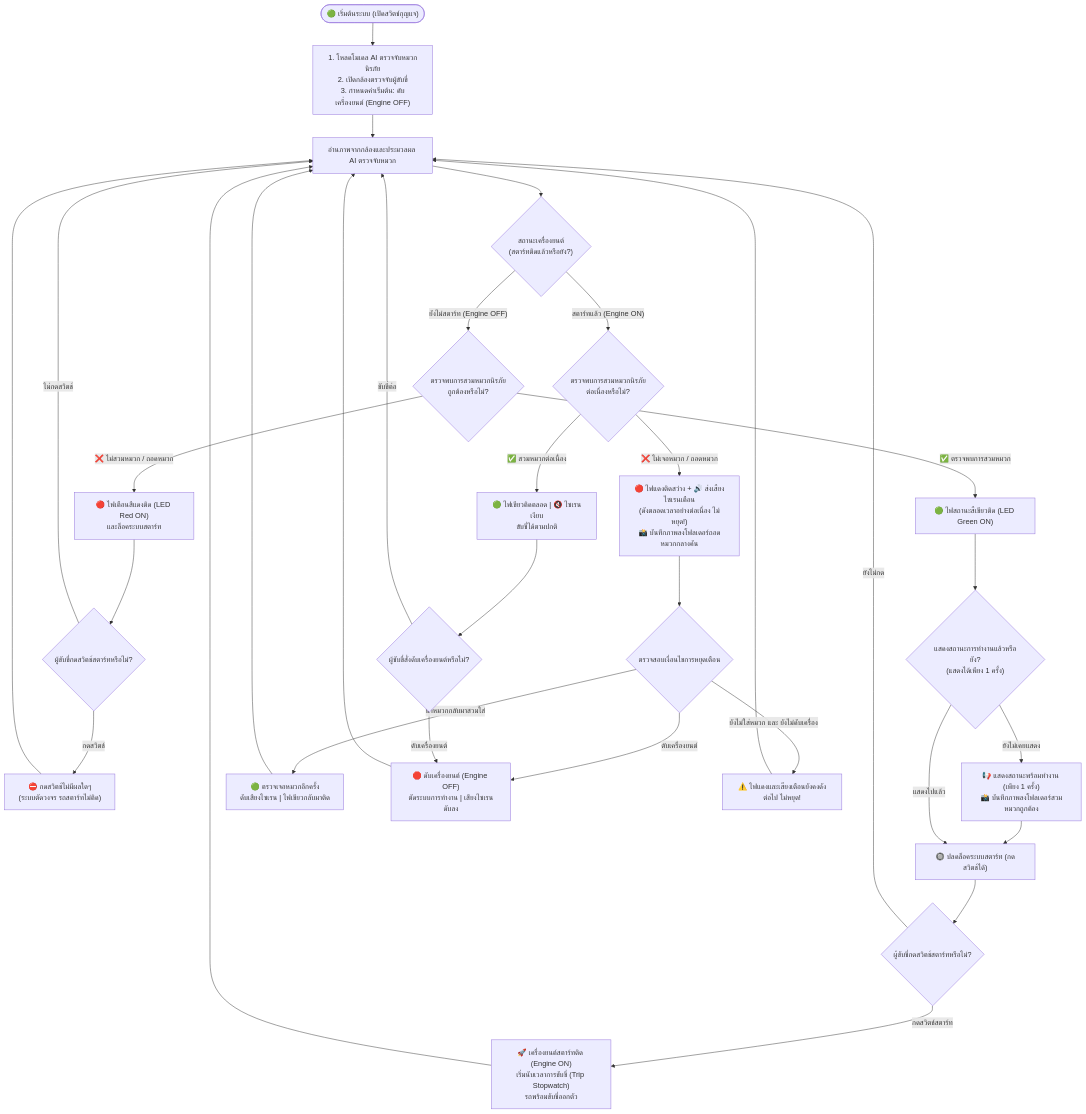
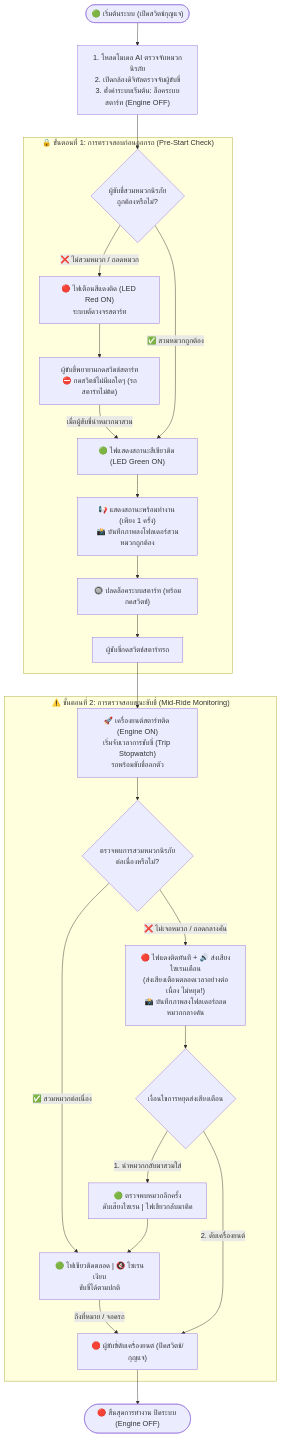
One commit to sudodok/helmet changed the first of 2 diagrams in system_flowchart.md. Above: the diagram before and after it, drawn with Mermaid. The commit also changed other lines of this file, not shown here.

Commit message:
docs: clean and linearize flowchart layout into two distinct subgraphs without crossing lines

````diff
--- a/system_flowchart.md
+++ b/system_flowchart.md
@@ -8,53 +8,44 @@
 ```mermaid
 flowchart TD
-    Start(["🟢 เริ่มต้นระบบ (เปิดสวิตช์กุญแจ)"]) --> Init["1. โหลดโมเดล AI ตรวจจับหมวกนิรภัย<br/>2. เปิดกล้องตรวจจับผู้ขับขี่<br/>3. กำหนดค่าเริ่มต้น: ดับเครื่องยนต์ (Engine OFF)"]
-    
-    Init --> ReadCam["อ่านภาพจากกล้องและประมวลผล AI ตรวจจับหมวก"]
-    
-    ReadCam --> CheckState{"สถานะเครื่องยนต์<br/>(สตาร์ทติดแล้วหรือยัง?)"}
-    
-    %% ================= สภาวะที่ 1: ก่อนสตาร์ทเครื่องยนต์ =================
-    CheckState -->|"ยังไม่สตาร์ท (Engine OFF)"| CheckHelmetStart{"ตรวจพบการสวมหมวกนิรภัย<br/>ถูกต้องหรือไม่?"}
-    
-    %% กรณีไม่สวมหมวกก่อนสตาร์ท
-    CheckHelmetStart -->|"❌ ไม่สวมหมวก / ถอดหมวก"| RedLightStart["🔴 ไฟเตือนสีแดงติด (LED Red ON)<br/>และล็อคระบบสตาร์ท"]
-    RedLightStart --> PressSwitchNoHelmet{"ผู้ขับขี่กดสวิตช์สตาร์ทหรือไม่?"}
-    PressSwitchNoHelmet -->|"กดสวิตช์"| SwitchIgnored["⛔ กดสวิตช์ไม่มีผลใดๆ<br/>(ระบบตัดวงจร รถสตาร์ทไม่ติด)"]
-    SwitchIgnored --> ReadCam
-    PressSwitchNoHelmet -->|"ไม่กดสวิตช์"| ReadCam
-    
-    %% กรณีสวมหมวกก่อนสตาร์ท
-    CheckHelmetStart -->|"✅ ตรวจพบการสวมหมวก"| GreenLightStart["🟢 ไฟสถานะสีเขียวติด (LED Green ON)"]
-    GreenLightStart --> ShowStatusOnce{"แสดงสถานะการทำงานแล้วหรือยัง?<br/>(แสดงได้เพียง 1 ครั้ง)"}
-    ShowStatusOnce -->|"ยังไม่เคยแสดง"| NotifyOnce["📢 แสดงสถานะพร้อมทำงาน (เพียง 1 ครั้ง)<br/>📸 บันทึกภาพลงโฟลเดอร์สวมหมวกถูกต้อง"]
-    NotifyOnce --> ReadySwitch["🔘 ปลดล็อคระบบสตาร์ท (กดสวิตช์ได้)"]
-    ShowStatusOnce -->|"แสดงไปแล้ว"| ReadySwitch
-    
-    ReadySwitch --> CheckSwitchPressed{"ผู้ขับขี่กดสวิตช์สตาร์ทหรือไม่?"}
-    CheckSwitchPressed -->|"ยังไม่กด"| ReadCam
-    CheckSwitchPressed -->|"กดสวิตช์สตาร์ท"| StartEngine["🚀 เครื่องยนต์สตาร์ทติด (Engine ON)<br/>เริ่มนับเวลาการขับขี่ (Trip Stopwatch)<br/>รถพร้อมขับขี่ออกตัว"]
-    StartEngine --> ReadCam
-    
-    %% ================= สภาวะที่ 2: หลังสตาร์ทเครื่องยนต์ (กำลังขับขี่) =================
-    CheckState -->|"สตาร์ทแล้ว (Engine ON)"| CheckHelmetRide{"ตรวจพบการสวมหมวกนิรภัย<br/>ต่อเนื่องหรือไม่?"}
-    
-    %% ขับขี่ปกติ สวมหมวก
-    CheckHelmetRide -->|"✅ สวมหมวกต่อเนื่อง"| NormalRide["🟢 ไฟเขียวติดตลอด | 🔇 ไซเรนเงียบ<br/>ขับขี่ได้ตามปกติ"]
-    NormalRide --> CheckTurnOff{"ผู้ขับขี่สั่งดับเครื่องยนต์หรือไม่?"}
-    
-    %% แอบถอดหมวกกลางคัน
-    CheckHelmetRide -->|"❌ ไม่เจอหมวก / ถอดหมวก"| AlertLoop["🔴 ไฟแดงติดสว่าง + 🔊 ส่งเสียงไซเรนเตือน<br/>(ดังตลอดเวลาอย่างต่อเนื่อง ไม่หยุด!)<br/>📸 บันทึกภาพลงโฟลเดอร์ถอดหมวกกลางคัน"]
-    AlertLoop --> CheckAlertCondition{"ตรวจสอบเงื่อนไขการหยุดเตือน"}
-    
-    CheckAlertCondition -->|"นำหมวกกลับมาสวมใส่"| StopAlertHelmet["🟢 ตรวจเจอหมวกอีกครั้ง<br/>ดับเสียงไซเรน | ไฟเขียวกลับมาติด"]
-    StopAlertHelmet --> ReadCam
-    
-    CheckAlertCondition -->|"ดับเครื่องยนต์"| TurnOffEngine["🛑 ดับเครื่องยนต์ (Engine OFF)<br/>ตัดระบบการทำงาน | เสียงไซเรนดับลง"]
-    TurnOffEngine --> ReadCam
-    
-    CheckAlertCondition -->|"ยังไม่ใส่หมวก และ ยังไม่ดับเครื่อง"| KeepAlerting["⚠️ ไฟแดงและเสียงเตือนยังคงดังต่อไป ไม่หยุด!"]
-    KeepAlerting --> ReadCam
-    
-    CheckTurnOff -->|"ดับเครื่องยนต์"| TurnOffEngine
-    CheckTurnOff -->|"ขับขี่ต่อ"| ReadCam
+    %% จุดเริ่มต้น
+    Start(["🟢 เริ่มต้นระบบ (เปิดสวิตช์กุญแจ)"]) --> Init["1. โหลดโมเดล AI ตรวจจับหมวกนิรภัย<br/>2. เปิดกล้องดิจิทัลตรวจจับผู้ขับขี่<br/>3. ตั้งค่าระบบเริ่มต้น: ล็อคระบบสตาร์ท (Engine OFF)"]
+
+    Init --> CheckPre{"ผู้ขับขี่สวมหมวกนิรภัย<br/>ถูกต้องหรือไม่?"}
+
+    %% ================= ขั้นตอนที่ 1: ก่อนออกรถ =================
+    subgraph Step1 ["🔒 ขั้นตอนที่ 1: การตรวจสอบก่อนออกรถ (Pre-Start Check)"]
+        %% กรณีไม่สวมหมวก
+        CheckPre -->|"❌ ไม่สวมหมวก / ถอดหมวก"| RedStart["🔴 ไฟเตือนสีแดงติด (LED Red ON)<br/>ระบบตัดวงจรสตาร์ท"]
+        RedStart --> SwitchDisabled["ผู้ขับขี่พยายามกดสวิตช์สตาร์ท<br/>⛔ กดสวิตช์ไม่มีผลใดๆ (รถสตาร์ทไม่ติด)"]
+        
+        %% เมื่อนำหมวกมาสวม หรือ สวมหมวกแต่แรก
+        CheckPre -->|"✅ สวมหมวกถูกต้อง"| GreenStart["🟢 ไฟแสดงสถานะสีเขียวติด (LED Green ON)"]
+        SwitchDisabled -->|"เมื่อผู้ขับขี่นำหมวกมาสวม"| GreenStart
+
+        GreenStart --> ShowOnce["📢 แสดงสถานะพร้อมทำงาน (เพียง 1 ครั้ง)<br/>📸 บันทึกภาพลงโฟลเดอร์สวมหมวกถูกต้อง"]
+        ShowOnce --> SwitchReady["🔘 ปลดล็อคระบบสตาร์ท (พร้อมกดสวิตช์)"]
+        SwitchReady --> PressSwitch["ผู้ขับขี่กดสวิตช์สตาร์ทรถ"]
+    end
+
+    PressSwitch --> EngineStarted["🚀 เครื่องยนต์สตาร์ทติด (Engine ON)<br/>เริ่มจับเวลาการขับขี่ (Trip Stopwatch)<br/>รถพร้อมขับขี่ออกตัว"]
+
+    %% ================= ขั้นตอนที่ 2: ขณะขับขี่ =================
+    subgraph Step2 ["⚠️ ขั้นตอนที่ 2: การตรวจสอบขณะขับขี่ (Mid-Ride Monitoring)"]
+        EngineStarted --> CheckRide{"ตรวจพบการสวมหมวกนิรภัย<br/>ต่อเนื่องหรือไม่?"}
+
+        %% ขับขี่ปกติ สวมหมวก
+        CheckRide -->|"✅ สวมหมวกต่อเนื่อง"| SafeRide["🟢 ไฟเขียวติดตลอด | 🔇 ไซเรนเงียบ<br/>ขับขี่ได้ตามปกติ"]
+
+        %% แอบถอดหมวกกลางคัน
+        CheckRide -->|"❌ ไม่เจอหมวก / ถอดกลางคัน"| Alarm["🔴 ไฟแดงติดทันที + 🔊 ส่งเสียงไซเรนเตือน<br/>(ส่งเสียงเตือนตลอดเวลาอย่างต่อเนื่อง ไม่หยุด!)<br/>📸 บันทึกภาพลงโฟลเดอร์ถอดหมวกกลางคัน"]
+
+        Alarm --> CheckAction{"เงื่อนไขการหยุดส่งเสียงเตือน"}
+        CheckAction -->|"1. นำหมวกกลับมาสวมใส่"| WearBack["🟢 ตรวจพบหมวกอีกครั้ง<br/>ดับเสียงไซเรน | ไฟเขียวกลับมาติด"]
+        WearBack --> SafeRide
+
+        CheckAction -->|"2. ดับเครื่องยนต์"| TurnOff["🛑 ผู้ขับขี่ดับเครื่องยนต์ (ปิดสวิตช์/กุญแจ)"]
+        SafeRide -->|"ถึงที่หมาย / จอดรถ"| TurnOff
+    end
+
+    TurnOff --> EndState(["🔴 สิ้นสุดการทำงาน ปิดระบบ (Engine OFF)"])
 ```
````
